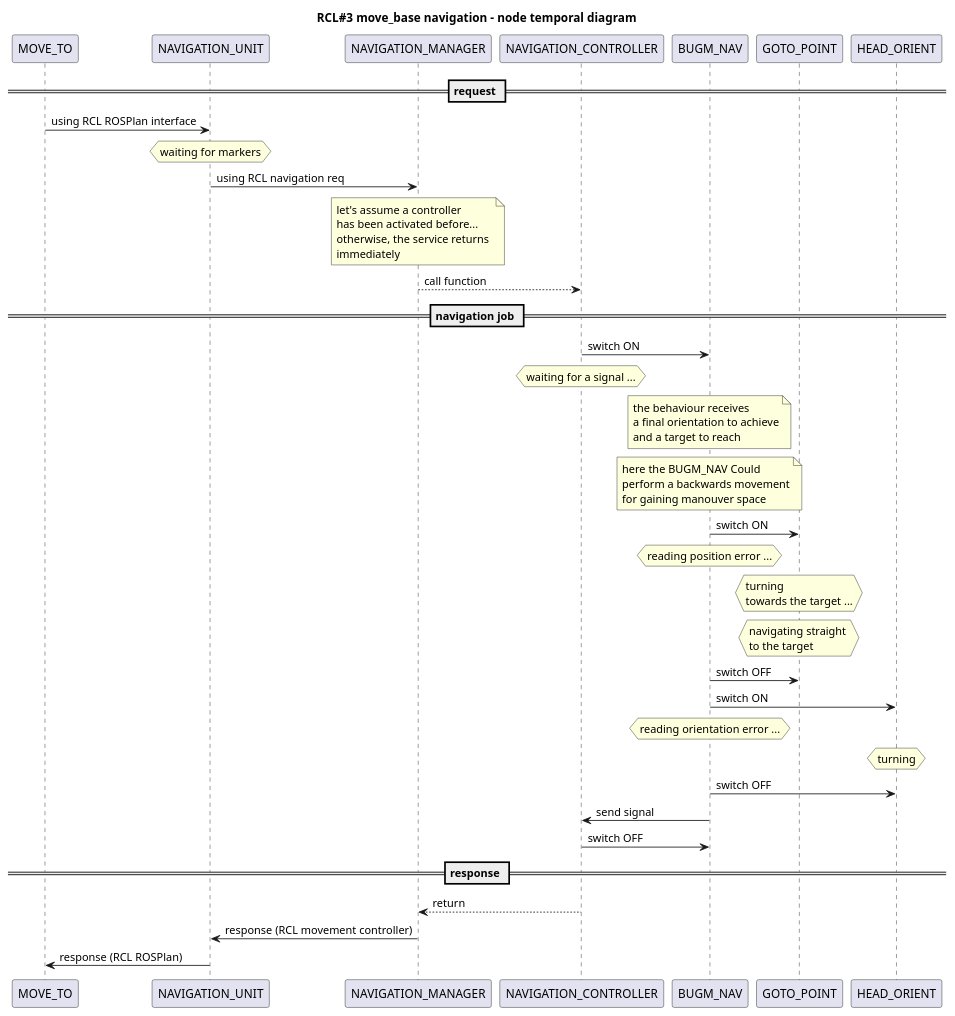
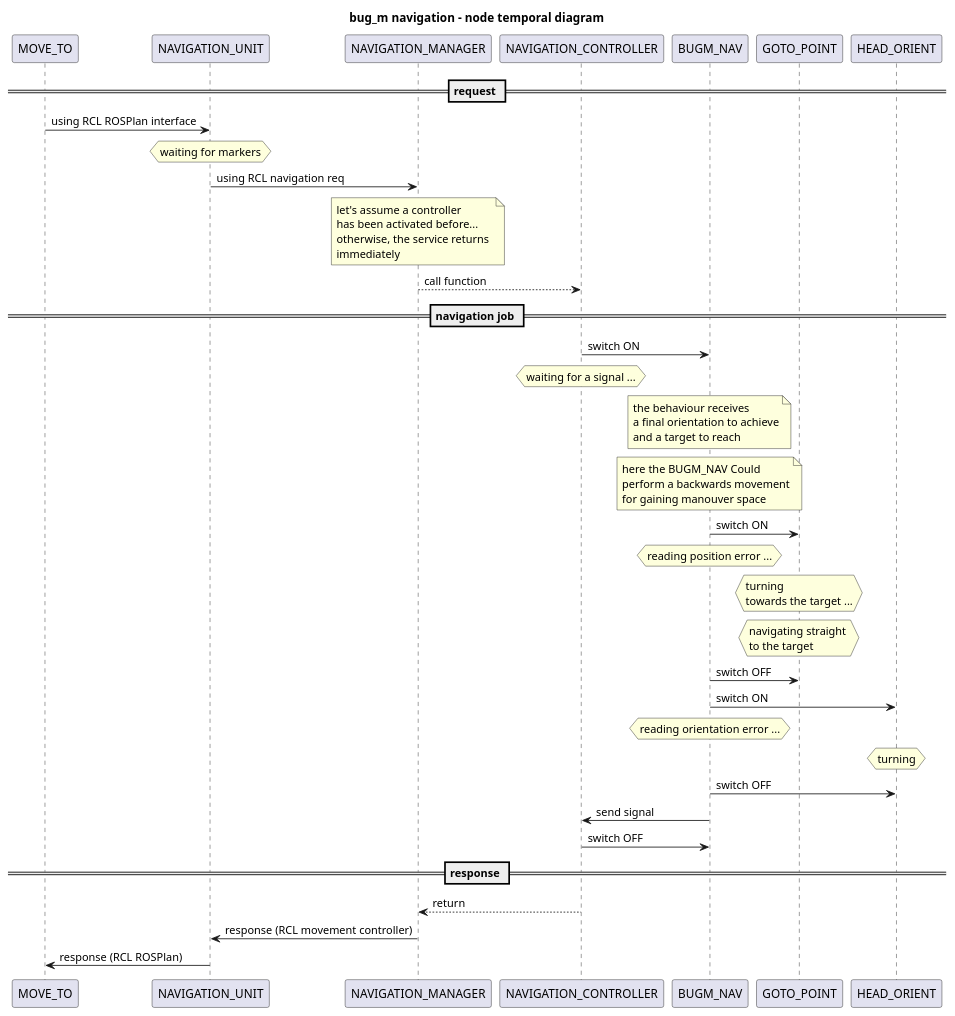
The sixth of 10 diagrams in README.md (programmatoroSeduto/ExperimentalRoboticsLab-Assignment-3), drawn with PlantUML before and after one commit. The commit also changed other lines of this file and 103 other files, not shown here.

Commit message:
documentation (landmarks execution diagram)

````diff
--- a/README.md
+++ b/README.md
@@ -453,7 +464,7 @@
 ```{uml}
 @startuml
 
-title RCL#3 move_base navigation - node temporal diagram
+title bug_m navigation - node temporal diagram
 ' header ...
 ' footer ...
 
````
